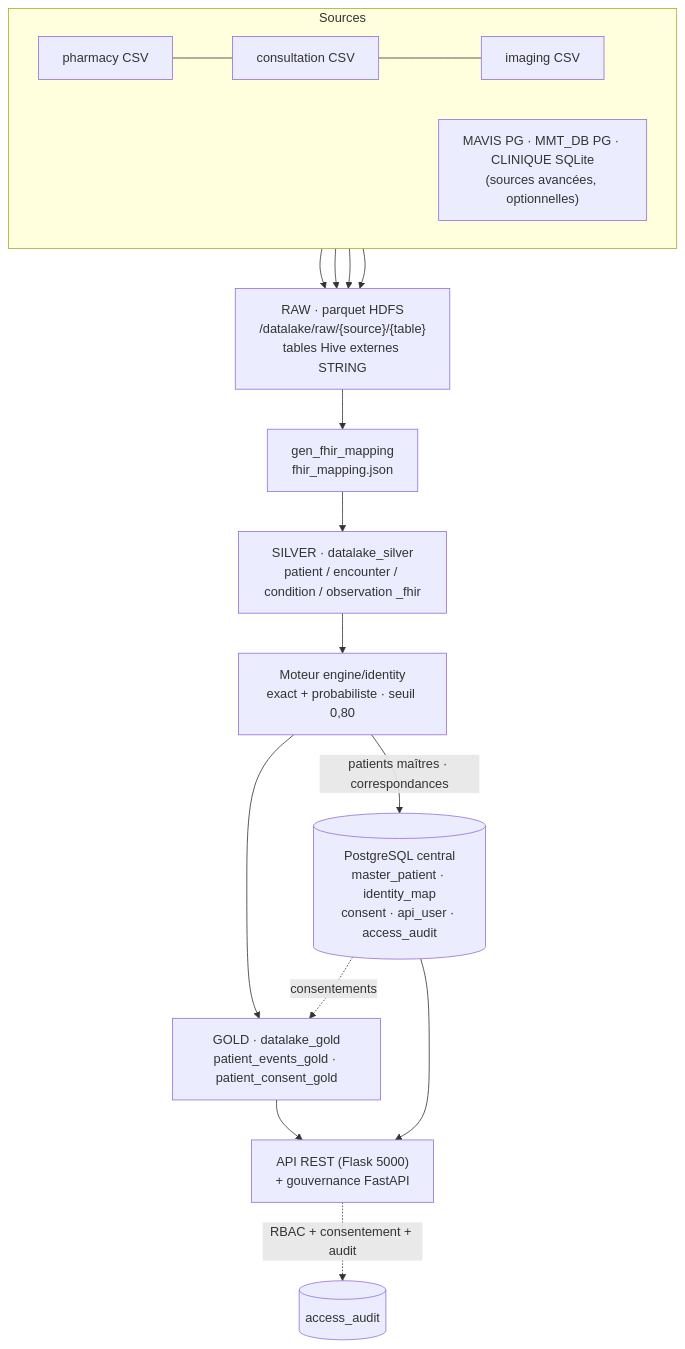
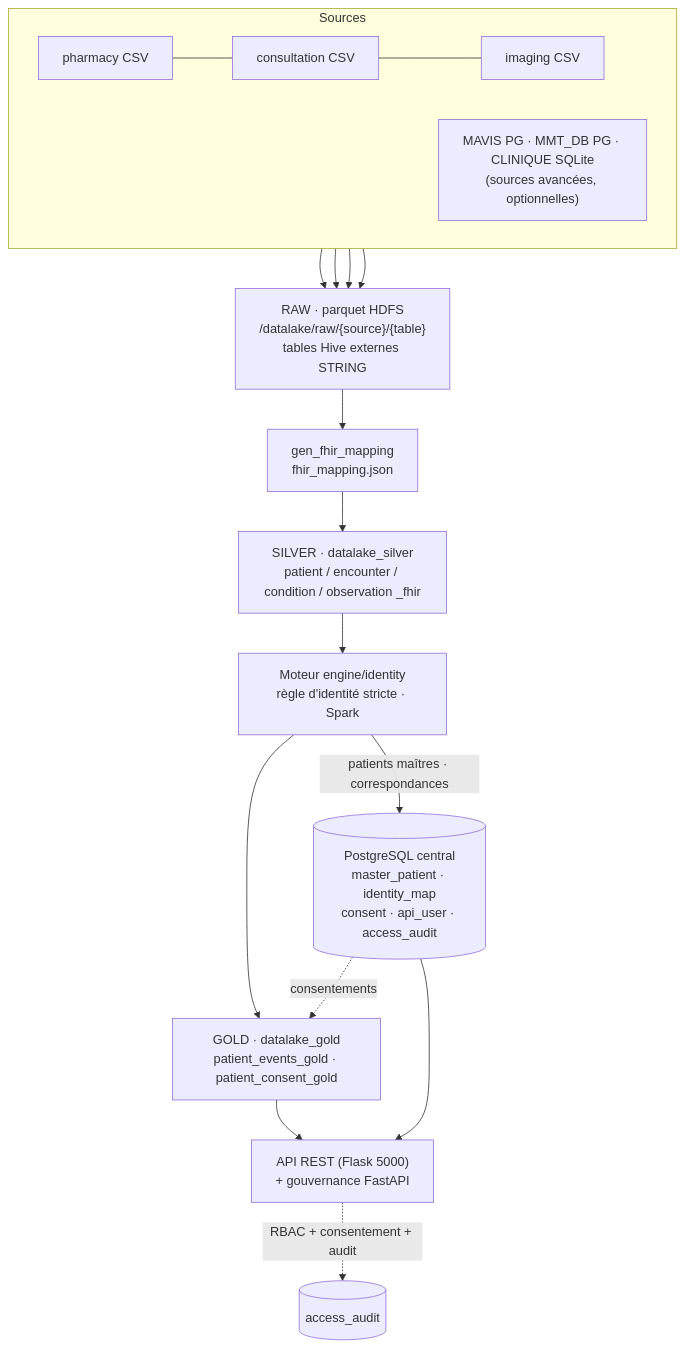
The second of 2 diagrams in chapters/06-architecture.md (Alphamanjaka/test-big-data), drawn with Mermaid before and after one commit. The commit also changed other lines of this file and 27 other files, not shown here.

````diff
--- a/chapters/06-architecture.md
+++ b/chapters/06-architecture.md
@@ -56,21 +56,21 @@
 ```mermaid
 flowchart TB
     subgraph SRC["Sources"]
         direction LR
         S1["pharmacy CSV"] --- S2["consultation CSV"] --- S3["imaging CSV"]
         S0["MAVIS PG · MMT_DB PG · CLINIQUE SQLite<br/>(sources avancées, optionnelles)"]
     end
     RAW["RAW · parquet HDFS<br/>/datalake/raw/{source}/{table}<br/>tables Hive externes STRING"]
     MAP["gen_fhir_mapping<br/>fhir_mapping.json"]
     SIL["SILVER · datalake_silver<br/>patient / encounter / condition / observation _fhir"]
-    DED["Moteur engine/identity<br/>exact + probabiliste · seuil 0,80"]
+    DED["Moteur engine/identity<br/>règle d'identité stricte · Spark"]
     GOLD["GOLD · datalake_gold<br/>patient_events_gold · patient_consent_gold"]
     PG[("PostgreSQL central<br/>master_patient · identity_map<br/>consent · api_user · access_audit")]
     API["API REST (Flask 5000)<br/>+ gouvernance FastAPI"]
     S1 & S2 & S3 & S0 --> RAW --> MAP --> SIL --> DED --> GOLD
     DED -- "patients maîtres · correspondances" --> PG
     PG -. "consentements" .-> GOLD
     GOLD --> API
     PG --> API
     API -. "RBAC + consentement + audit" .-> AUD[("access_audit")]
 ```
````
